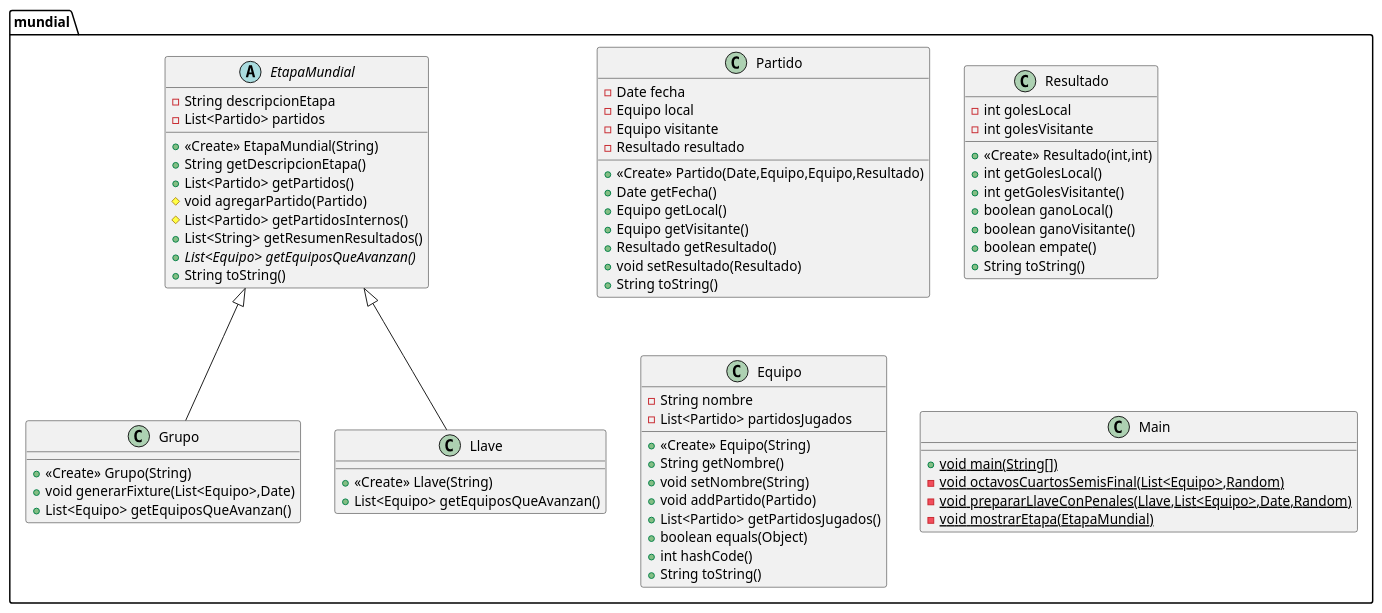
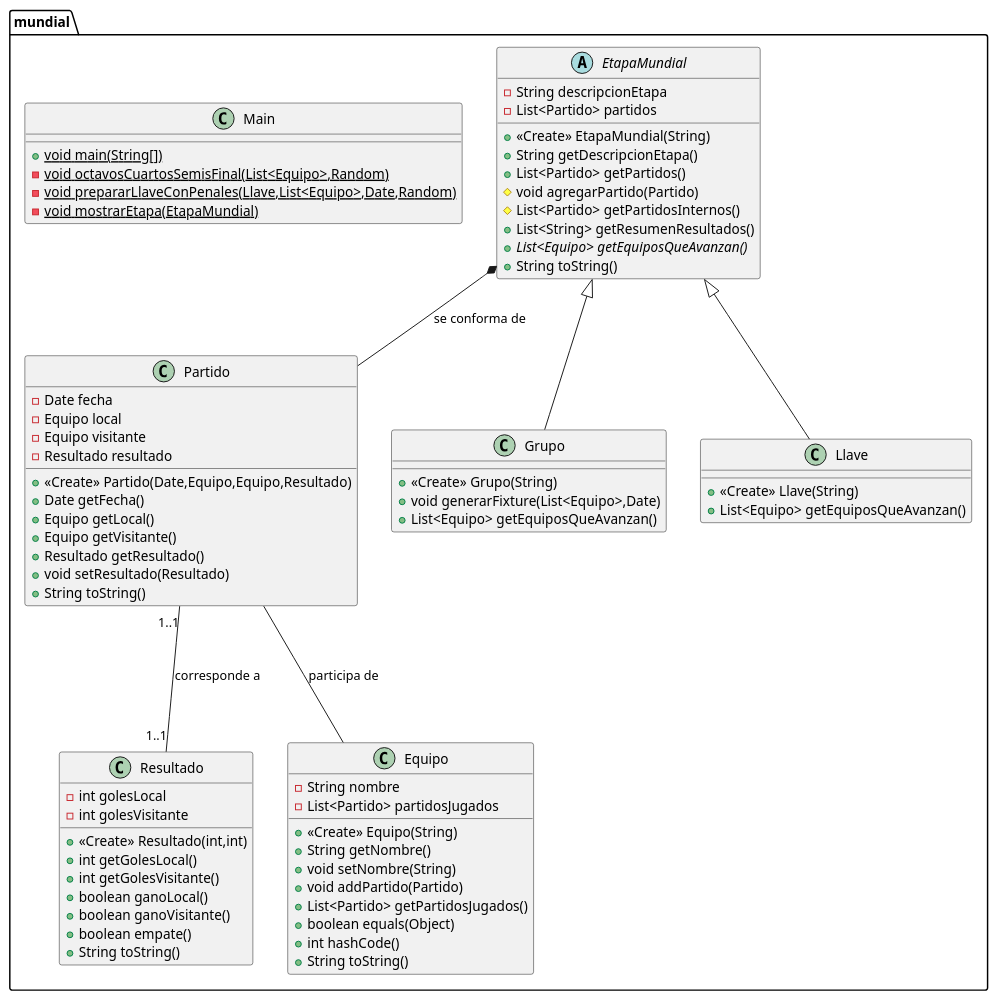
The diagram in mundialPOO.puml (DeborahBoldu/ParcialPoo), drawn with PlantUML before and after one commit. The commit also changed 2 other files, not shown here.

Commit message:
update diagram

```diff
--- a/mundialPOO.puml
+++ b/mundialPOO.puml
@@ -1,84 +1,87 @@
 @startuml
 
 
 class mundial.Partido {
 - Date fecha
 - Equipo local
 - Equipo visitante
 - Resultado resultado
 + <<Create>> Partido(Date,Equipo,Equipo,Resultado)
 + Date getFecha()
 + Equipo getLocal()
 + Equipo getVisitante()
 + Resultado getResultado()
 + void setResultado(Resultado)
 + String toString()
 }
 
 
 class mundial.Resultado {
 - int golesLocal
 - int golesVisitante
 + <<Create>> Resultado(int,int)
 + int getGolesLocal()
 + int getGolesVisitante()
 + boolean ganoLocal()
 + boolean ganoVisitante()
 + boolean empate()
 + String toString()
 }
 
 
 class mundial.Equipo {
 - String nombre
 - List<Partido> partidosJugados
 + <<Create>> Equipo(String)
 + String getNombre()
 + void setNombre(String)
 + void addPartido(Partido)
 + List<Partido> getPartidosJugados()
 + boolean equals(Object)
 + int hashCode()
 + String toString()
 }
 
 
 
 abstract class mundial.EtapaMundial {
 - String descripcionEtapa
 - List<Partido> partidos
 + <<Create>> EtapaMundial(String)
 + String getDescripcionEtapa()
 + List<Partido> getPartidos()
 # void agregarPartido(Partido)
 # List<Partido> getPartidosInternos()
 + List<String> getResumenResultados()
 + {abstract}List<Equipo> getEquiposQueAvanzan()
 + String toString()
 }
 
 
 
 class mundial.Grupo {
 + <<Create>> Grupo(String)
 + void generarFixture(List<Equipo>,Date)
 + List<Equipo> getEquiposQueAvanzan()
 }
 
 class mundial.Llave {
 + <<Create>> Llave(String)
 + List<Equipo> getEquiposQueAvanzan()
 }
 
 
 class mundial.Main {
 + {static} void main(String[])
 - {static} void octavosCuartosSemisFinal(List<Equipo>,Random)
 - {static} void prepararLlaveConPenales(Llave,List<Equipo>,Date,Random)
 - {static} void mostrarEtapa(EtapaMundial)
 }
 
 mundial.EtapaMundial <|-- mundial.Grupo
 mundial.EtapaMundial <|-- mundial.Llave
+mundial.EtapaMundial *-- mundial.Partido : se conforma de
+mundial.Partido --- mundial.Equipo : participa de
+Partido "1..1" --- "1..1" Resultado : corresponde a
 
 @enduml
```
